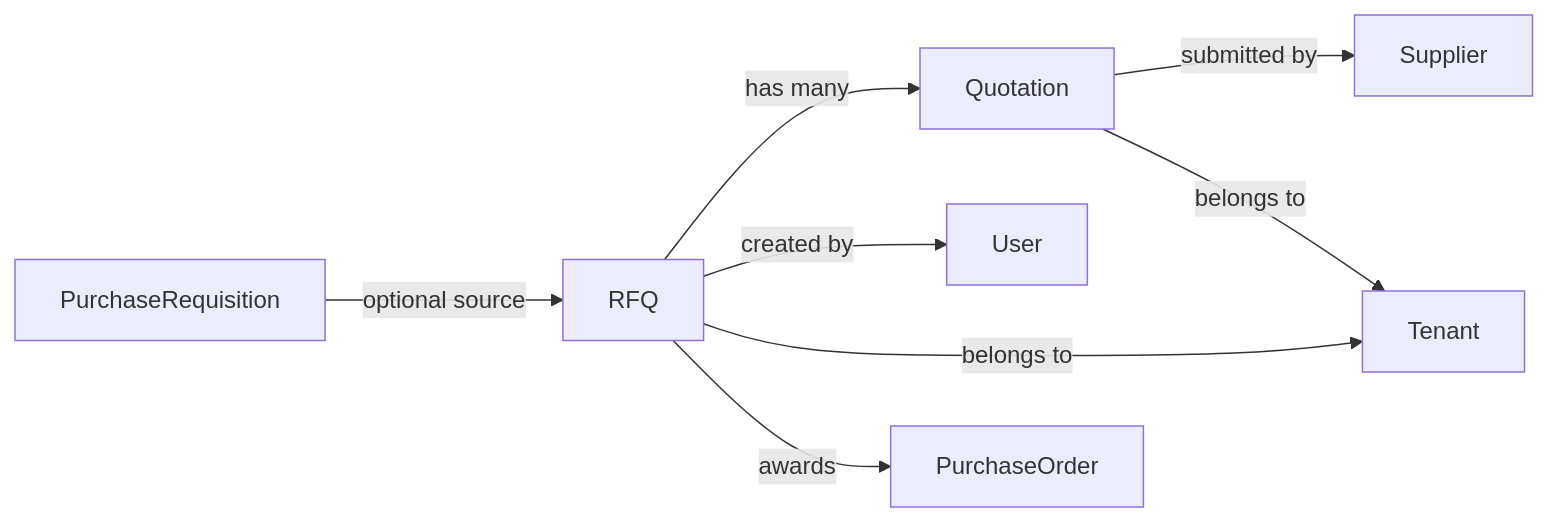
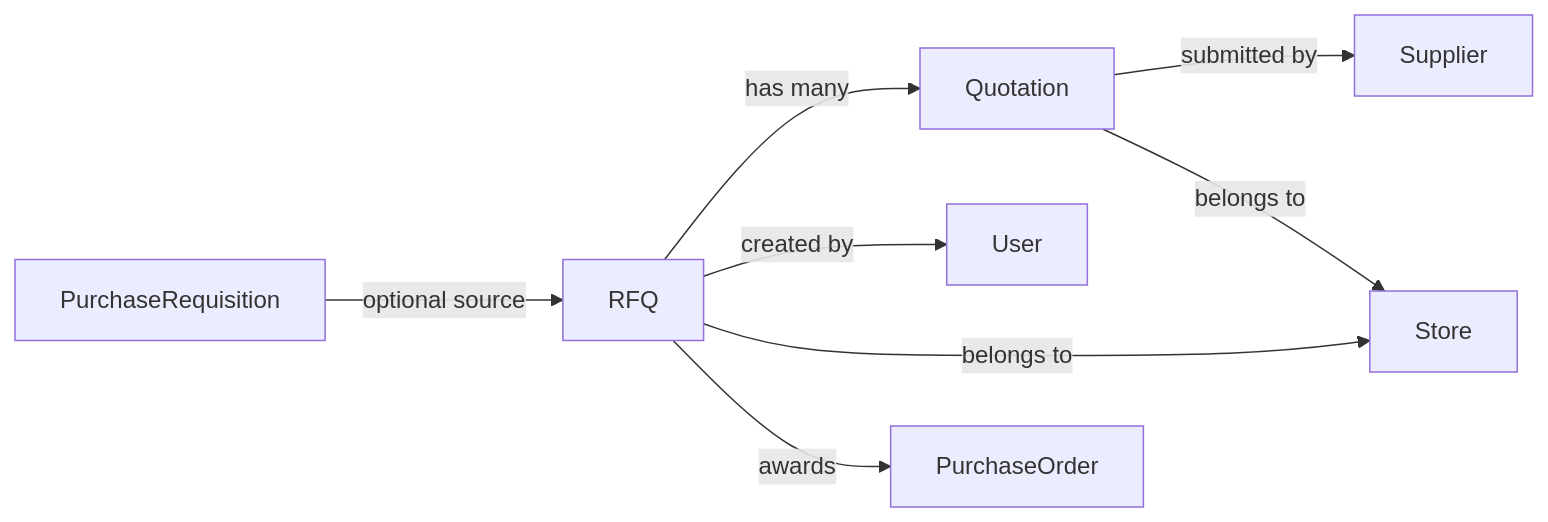
Before and after one commit to gowtamkumar/eCommerce-multi-store-saas-erp: the diagram in doc/developer/rfqs-and-quotations.md, drawn with Mermaid. The commit also changed other lines of this file and 764 other files, not shown here.

````diff
--- a/doc/developer/rfqs-and-quotations.md
+++ b/doc/developer/rfqs-and-quotations.md
@@ -109,18 +109,18 @@
 ```mermaid
 flowchart LR
   PR[PurchaseRequisition]
   RFQ[RFQ]
   QUO[Quotation]
   SUP[Supplier]
   USER[User]
-  TEN[Tenant]
+  TEN[Store]
   PO[PurchaseOrder]
 
   PR -- optional source --> RFQ
   RFQ -- has many --> QUO
   QUO -- submitted by --> SUP
   RFQ -- created by --> USER
   RFQ -- belongs to --> TEN
   QUO -- belongs to --> TEN
   RFQ -- awards --> PO
 ```
````
